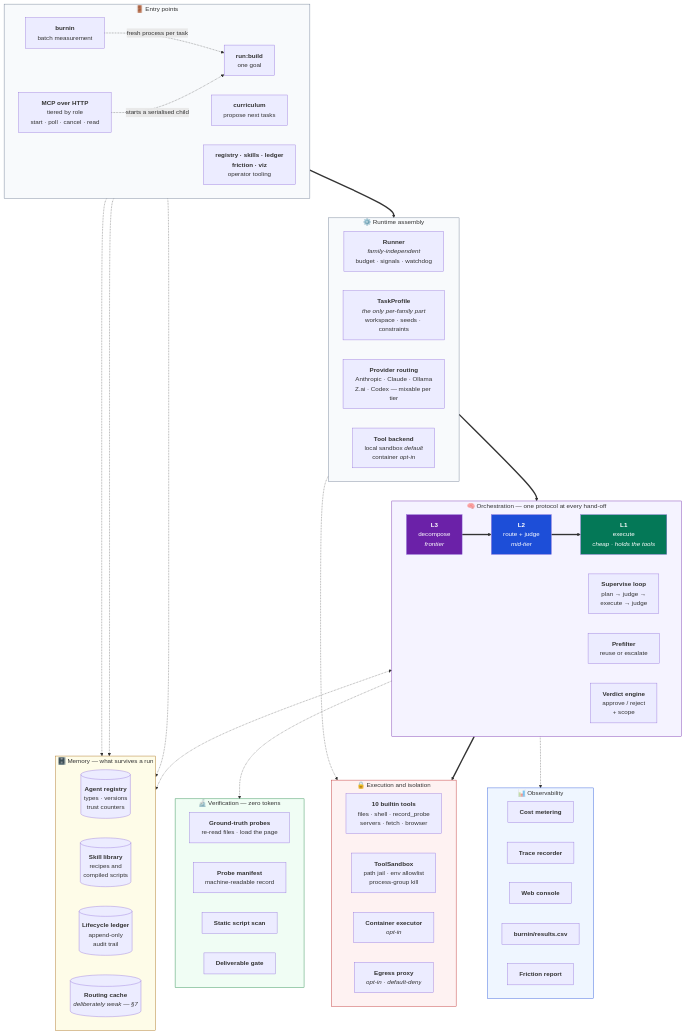
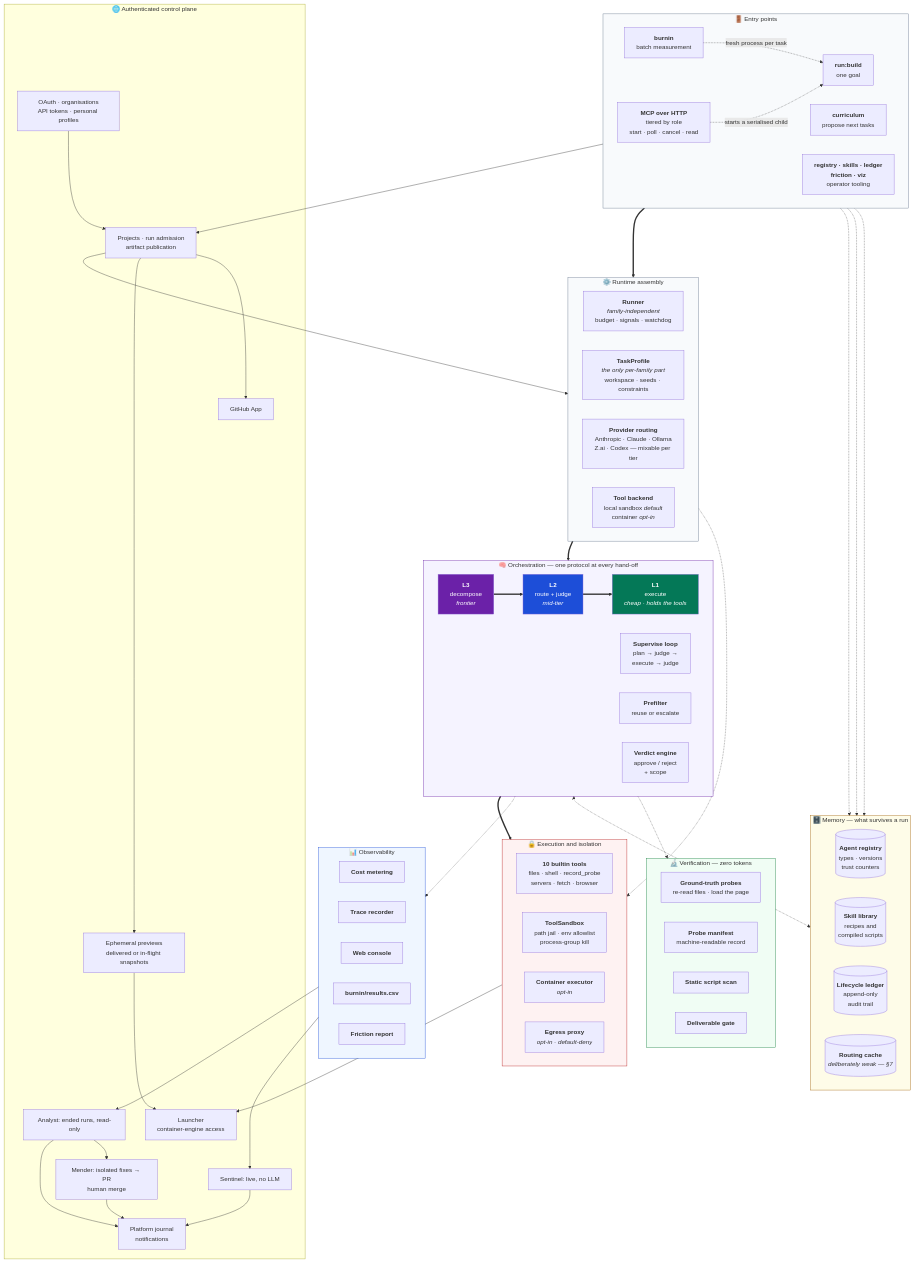
The second of 6 diagrams in docs/how-it-works.md (mgtf/atoma), drawn with Mermaid before and after one commit. The commit also changed other lines of this file and 7 other files, not shown here.

```diff
--- a/docs/how-it-works.md
+++ b/docs/how-it-works.md
@@ -72,6 +72,18 @@
         BURN["<b>burnin</b><br/>batch measurement"]
         CURR["<b>curriculum</b><br/>propose next tasks"]
         OPS["<b>registry · skills · ledger</b><br/><b>friction · viz</b><br/>operator tooling"]
+    end
+
+    subgraph PLATFORM[" 🌐 Authenticated control plane "]
+        AUTH["OAuth · organisations<br/>API tokens · personal profiles"]
+        PROJECTS["Projects · run admission<br/>artifact publication"]
+        GITHUB["GitHub App"]
+        PREVIEW["Ephemeral previews<br/>delivered or in-flight snapshots"]
+        LAUNCHER["Launcher<br/>container-engine access"]
+        JOURNAL["Platform journal<br/>notifications"]
+        SENTINEL["Sentinel: live, no LLM"]
+        ANALYST["Analyst: ended runs, read-only"]
+        MENDER["Mender: isolated fixes → PR<br/>human merge"]
     end
 
     subgraph RT[" ⚙️ Runtime assembly "]
@@ -128,6 +140,19 @@
     BURN -.->|"fresh process per task"| RUN
     MCP -.->|"starts a serialised child"| RUN
     MCP -.-> MEM
+    AUTH --> PROJECTS
+    PROJECTS --> RUNNER
+    PROJECTS --> GITHUB
+    PROJECTS --> PREVIEW
+    PREVIEW --> LAUNCHER
+    CONT --> LAUNCHER
+    TRACE --> SENTINEL
+    TRACE --> ANALYST
+    ANALYST --> MENDER
+    SENTINEL --> JOURNAL
+    ANALYST --> JOURNAL
+    MENDER --> JOURNAL
+    MCP --> PROJECTS
     RUN ==> RUNNER
     RUNNER ==> L3B
     L3B ==> L2B ==> L1B
```
